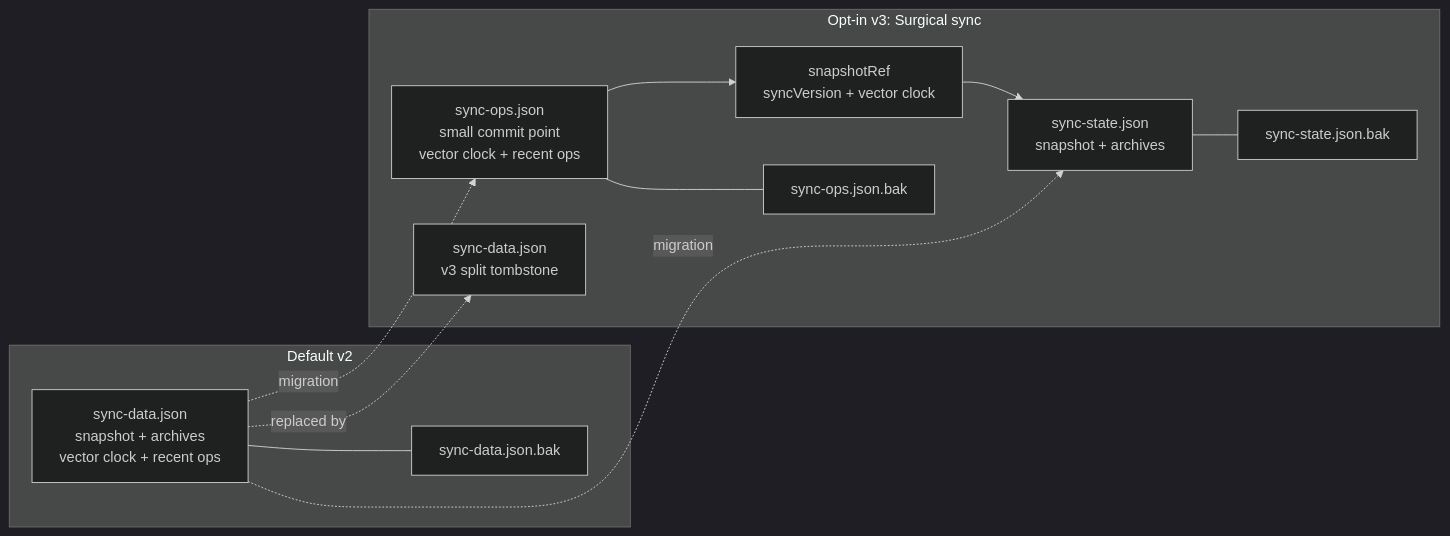
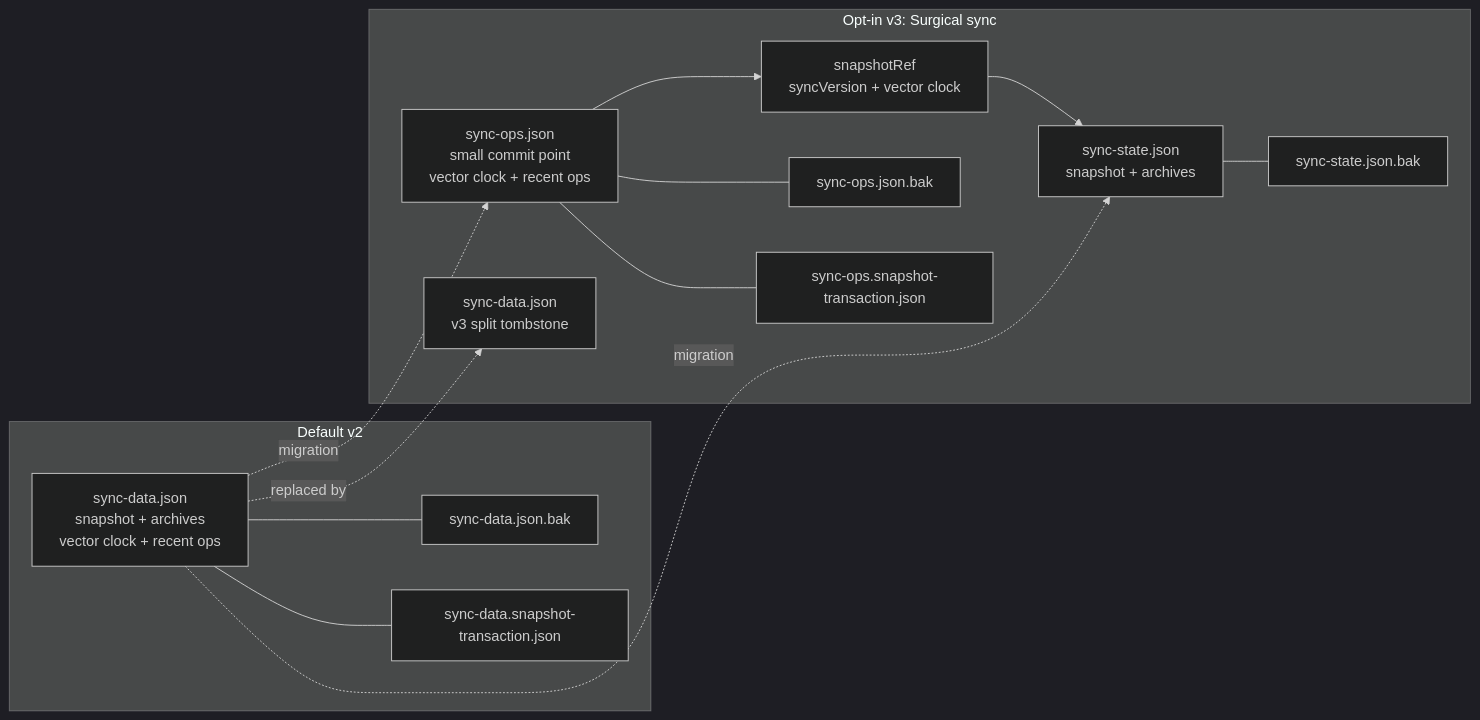
One commit to super-productivity/super-productivity changed the first of 4 diagrams in docs/sync-and-op-log/diagrams/04-file-based-sync.md. Above: the diagram before and after it, drawn with Mermaid (dark theme). The commit also changed other lines of this file and 7 other files, not shown here.

````diff
--- a/docs/sync-and-op-log/diagrams/04-file-based-sync.md
+++ b/docs/sync-and-op-log/diagrams/04-file-based-sync.md
@@ -17,25 +17,29 @@
 ```mermaid
 flowchart LR
     subgraph V2["Default v2"]
         DATA["sync-data.json<br/>snapshot + archives<br/>vector clock + recent ops"]
         DATA_BAK["sync-data.json.bak"]
+        DATA_TX["sync-data.snapshot-transaction.json"]
     end
 
     subgraph V3["Opt-in v3: Surgical sync"]
         OPS["sync-ops.json<br/>small commit point<br/>vector clock + recent ops"]
         STATE["sync-state.json<br/>snapshot + archives"]
         REF["snapshotRef<br/>syncVersion + vector clock"]
         OPS_BAK["sync-ops.json.bak"]
+        OPS_TX["sync-ops.snapshot-transaction.json"]
         STATE_BAK["sync-state.json.bak"]
         TOMB["sync-data.json<br/>v3 split tombstone"]
 
         OPS --> REF --> STATE
     end
 
     DATA -. migration .-> OPS
     DATA -. migration .-> STATE
     DATA -. replaced by .-> TOMB
     DATA --- DATA_BAK
+    DATA --- DATA_TX
     OPS --- OPS_BAK
+    OPS --- OPS_TX
     STATE --- STATE_BAK
 ```
````
